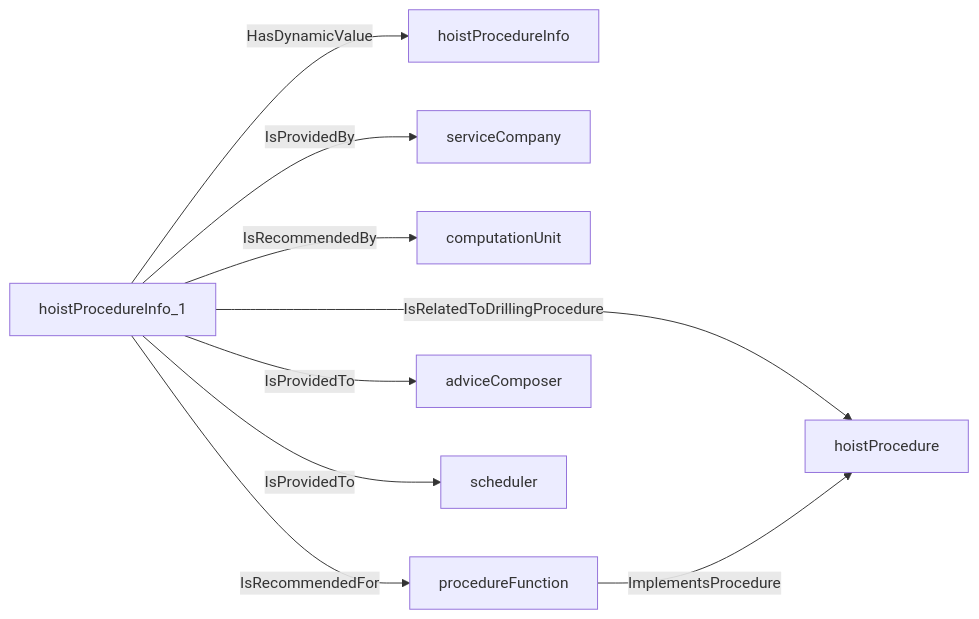
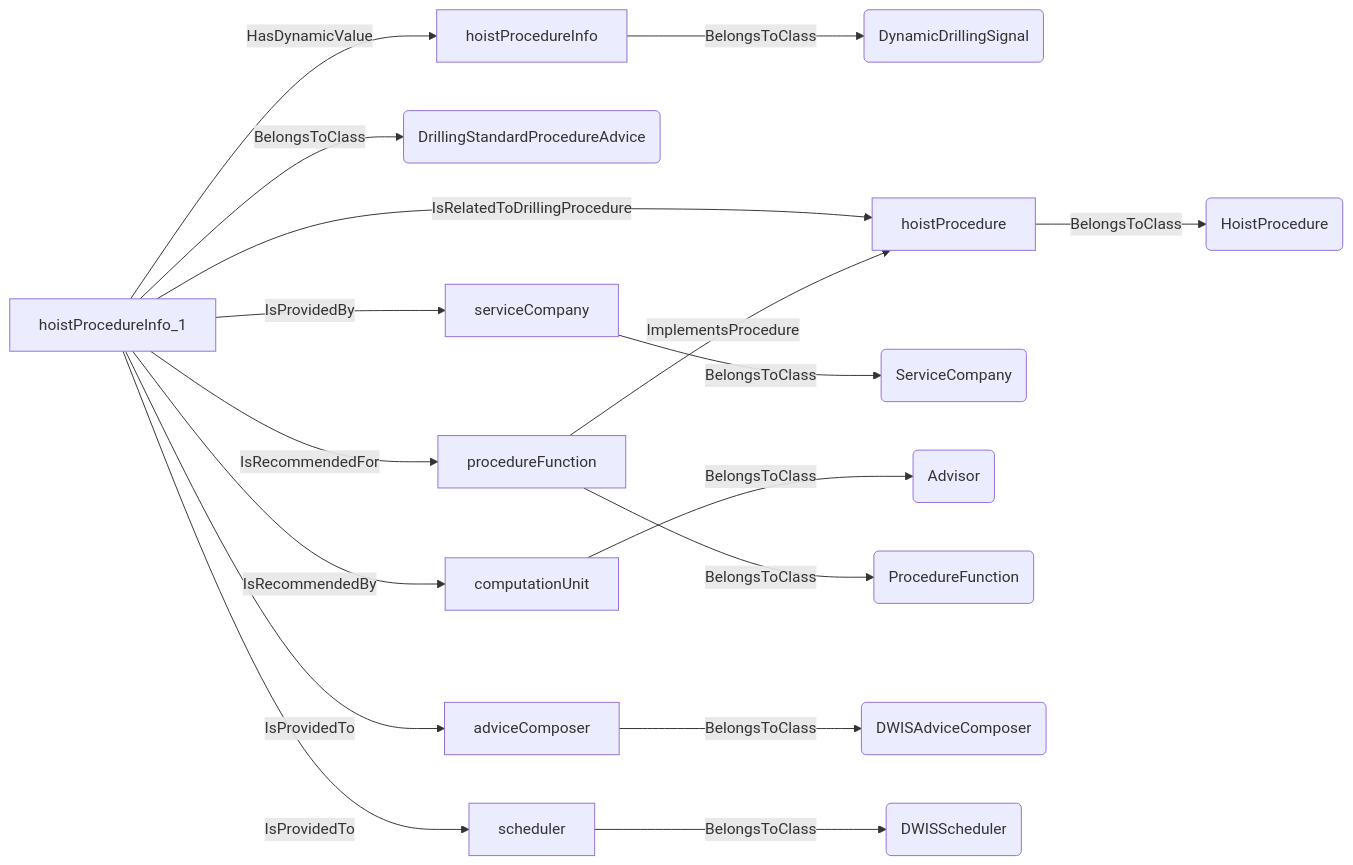
Before and after one commit to D-WIS/DDHub-Semantic-Interoperability: the sixth of 19 diagrams in docs/vocabulary_development/auto-generated/md/definition-files/DrillingProcedure.md, drawn with Mermaid. The commit also changed other lines of this file and 14 other files, not shown here.

````diff
--- a/docs/vocabulary_development/auto-generated/md/definition-files/DrillingProcedure.md
+++ b/docs/vocabulary_development/auto-generated/md/definition-files/DrillingProcedure.md
@@ -279,11 +343,19 @@
 ```mermaid
 graph LR
-	N0000[hoistProcedureInfo_1] -->|HasDynamicValue| N0001[hoistProcedureInfo] 
-	N0000[hoistProcedureInfo_1] -->|IsRelatedToDrillingProcedure| N0002[hoistProcedure] 
-	N0000[hoistProcedureInfo_1] -->|IsProvidedBy| N0003[serviceCompany] 
-	N0000[hoistProcedureInfo_1] -->|IsRecommendedBy| N0004[computationUnit] 
-	N0005[procedureFunction] -->|ImplementsProcedure| N0002[hoistProcedure] 
-	N0000[hoistProcedureInfo_1] -->|IsRecommendedFor| N0005[procedureFunction] 
-	N0000[hoistProcedureInfo_1] -->|IsProvidedTo| N0006[adviceComposer] 
-	N0000[hoistProcedureInfo_1] -->|IsProvidedTo| N0007[scheduler] 
+	N0000[hoistProcedureInfo] -->|BelongsToClass| N0001(DynamicDrillingSignal) 
+	N0002[hoistProcedureInfo_1] -->|BelongsToClass| N0003(DrillingStandardProcedureAdvice) 
+	N0002[hoistProcedureInfo_1] -->|HasDynamicValue| N0000[hoistProcedureInfo] 
+	N0004[hoistProcedure] -->|BelongsToClass| N0005(HoistProcedure) 
+	N0002[hoistProcedureInfo_1] -->|IsRelatedToDrillingProcedure| N0004[hoistProcedure] 
+	N0006[serviceCompany] -->|BelongsToClass| N0007(ServiceCompany) 
+	N0002[hoistProcedureInfo_1] -->|IsProvidedBy| N0006[serviceCompany] 
+	N0008[computationUnit] -->|BelongsToClass| N0009(Advisor) 
+	N0002[hoistProcedureInfo_1] -->|IsRecommendedBy| N0008[computationUnit] 
+	N0010[procedureFunction] -->|BelongsToClass| N0011(ProcedureFunction) 
+	N0010[procedureFunction] -->|ImplementsProcedure| N0004[hoistProcedure] 
+	N0002[hoistProcedureInfo_1] -->|IsRecommendedFor| N0010[procedureFunction] 
+	N0012[adviceComposer] -->|BelongsToClass| N0013(DWISAdviceComposer) 
+	N0002[hoistProcedureInfo_1] -->|IsProvidedTo| N0012[adviceComposer] 
+	N0014[scheduler] -->|BelongsToClass| N0015(DWISScheduler) 
+	N0002[hoistProcedureInfo_1] -->|IsProvidedTo| N0014[scheduler] 
 ```
````
